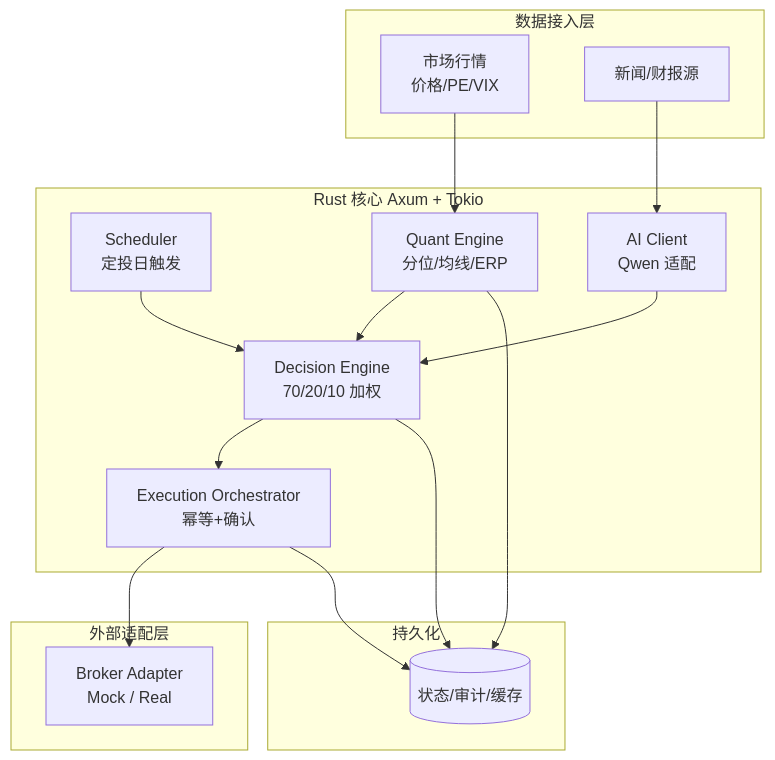
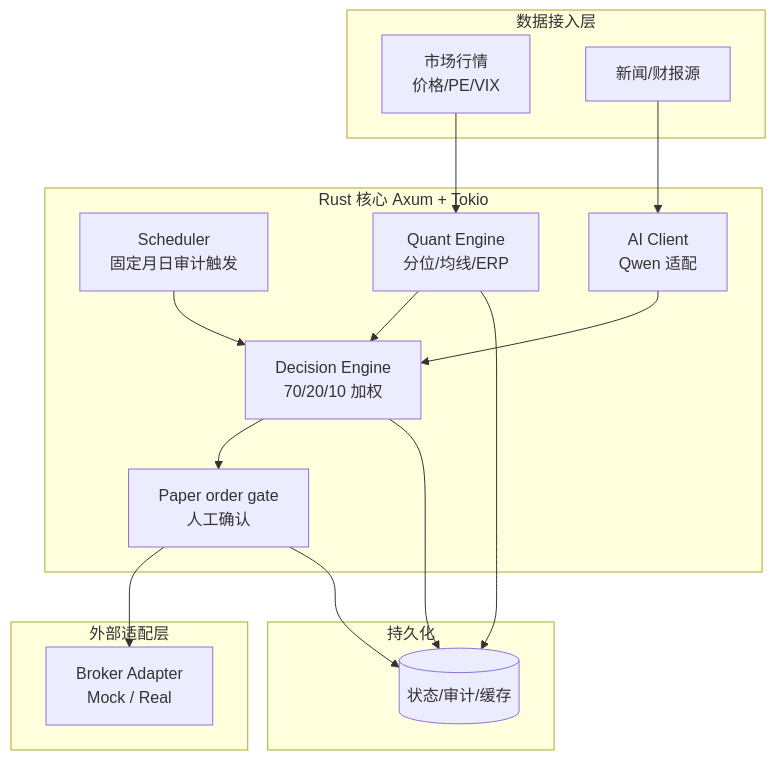
Before and after one commit to GuZZ1119/indexlink: the diagram in readme.md, drawn with Mermaid. The commit also changed other lines of this file and 21 other files, not shown here.

````diff
--- a/readme.md
+++ b/readme.md
@@ -101,34 +101,34 @@
 ```mermaid
 graph TD
     subgraph Ingestion[数据接入层]
         MD[市场行情<br/>价格/PE/VIX]
         NEWS[新闻/财报源]
     end
 
     subgraph Core[Rust 核心 Axum + Tokio]
-        SCH[Scheduler<br/>定投日触发]
+        SCH[Scheduler<br/>固定月日审计触发]
         QUANT[Quant Engine<br/>分位/均线/ERP]
         AICLI[AI Client<br/>Qwen 适配]
         DEC[Decision Engine<br/>70/20/10 加权]
-        EXEC[Execution Orchestrator<br/>幂等+确认]
+        EXEC[Paper order gate<br/>人工确认]
     end
 
     subgraph Adapters[外部适配层]
         BROKER[Broker Adapter<br/>Mock / Real]
     end
 
     subgraph Storage[持久化]
         DB[(状态/审计/缓存)]
     end
 
     MD --> QUANT
     NEWS --> AICLI
     SCH --> DEC
     QUANT --> DEC
     AICLI --> DEC
     DEC --> EXEC
     EXEC --> BROKER
     DEC --> DB
     EXEC --> DB
     QUANT --> DB
 ```
````
